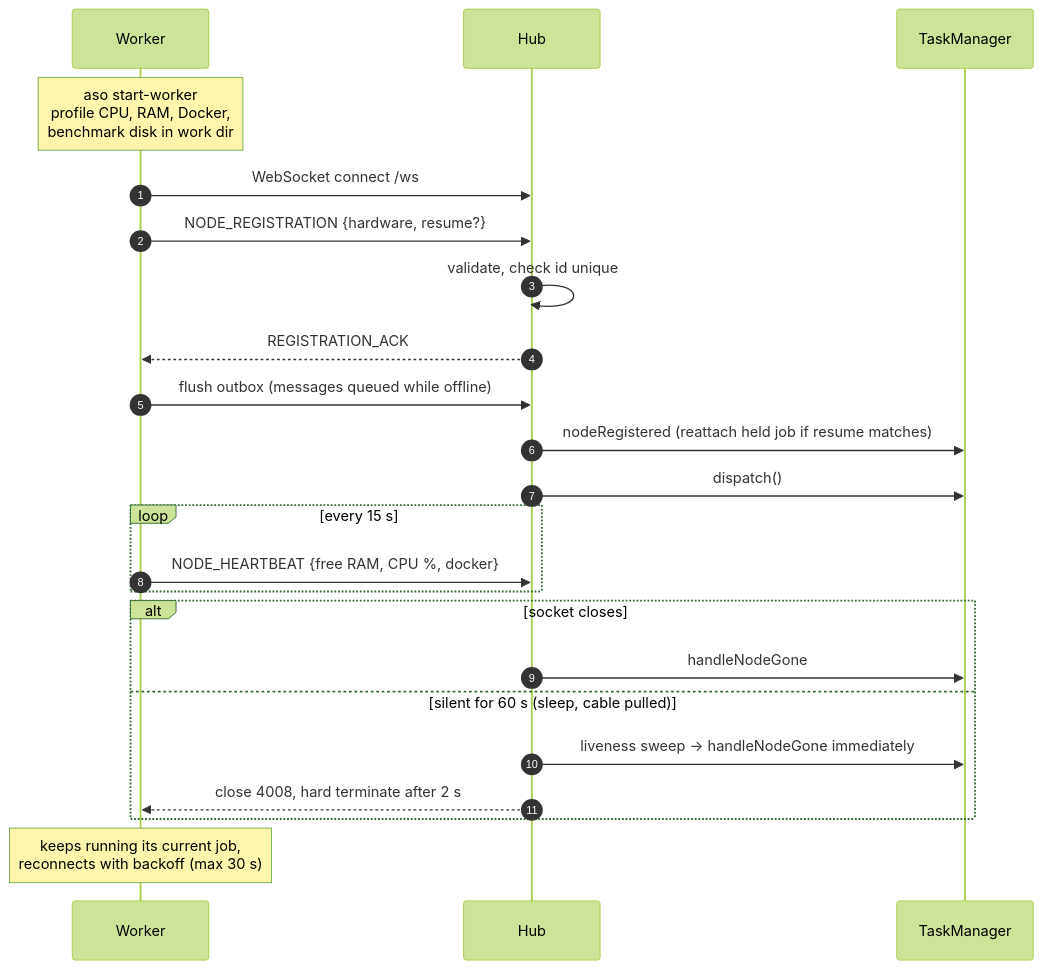
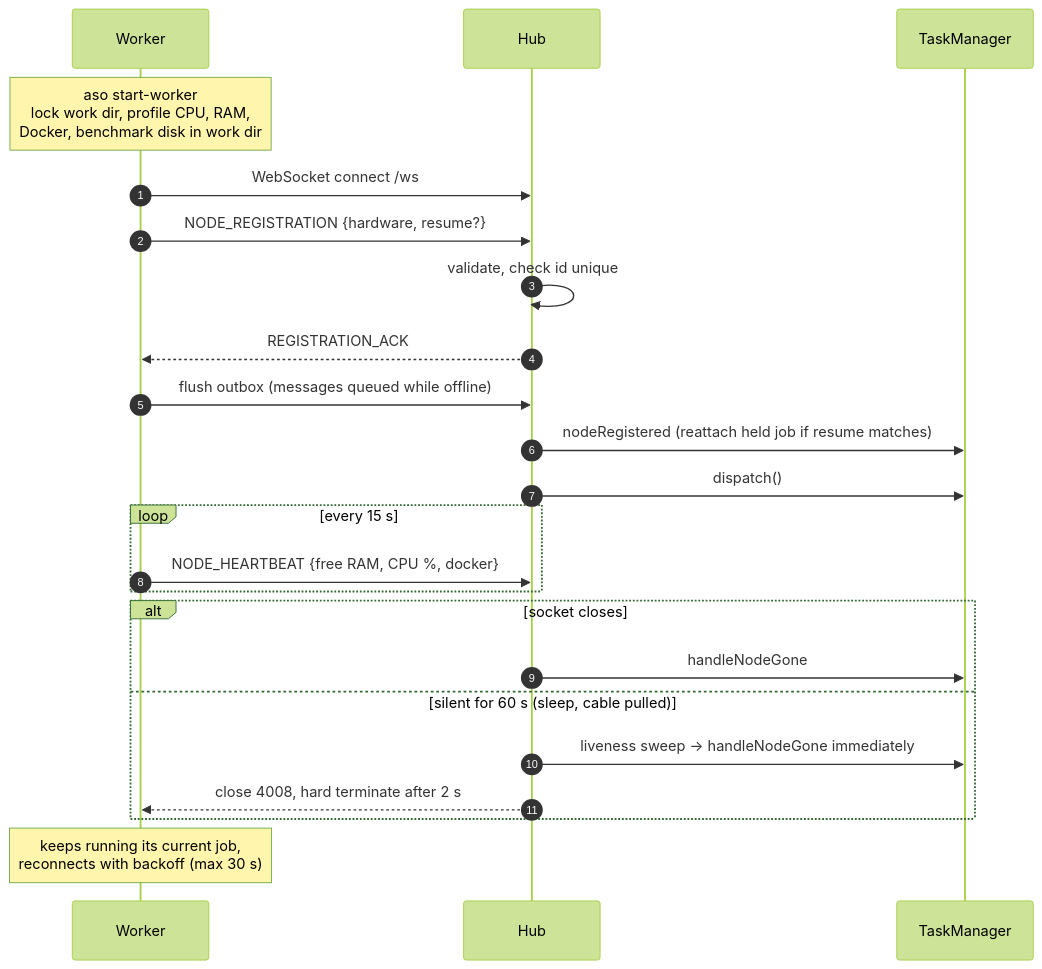
Before and after one commit to Sys64k/ai-swarm-orchestrator: the fourth of 17 diagrams in ARCHITECTURE.md, drawn with Mermaid (forest theme). The commit also changed other lines of this file and 5 other files, not shown here.

First line of the commit message:
feat: lock the worker's work directory

````diff
--- a/ARCHITECTURE.md
+++ b/ARCHITECTURE.md
@@ -241,26 +241,26 @@
 ```mermaid
 sequenceDiagram
   autonumber
   participant W as Worker
   participant H as Hub
   participant T as TaskManager
 
-  Note over W: aso start-worker<br/>profile CPU, RAM, Docker,<br/>benchmark disk in work dir
+  Note over W: aso start-worker<br/>lock work dir, profile CPU, RAM,<br/>Docker, benchmark disk in work dir
   W->>H: WebSocket connect /ws
   W->>H: NODE_REGISTRATION {hardware, resume?}
   H->>H: validate, check id unique
   H-->>W: REGISTRATION_ACK
   W->>H: flush outbox (messages queued while offline)
   H->>T: nodeRegistered (reattach held job if resume matches)
   H->>T: dispatch()
   loop every 15 s
     W->>H: NODE_HEARTBEAT {free RAM, CPU %, docker}
   end
   alt socket closes
     H->>T: handleNodeGone
   else silent for 60 s (sleep, cable pulled)
     H->>T: liveness sweep → handleNodeGone immediately
     H-->>W: close 4008, hard terminate after 2 s
   end
   Note over W: keeps running its current job,<br/>reconnects with backoff (max 30 s)
 ```
````
